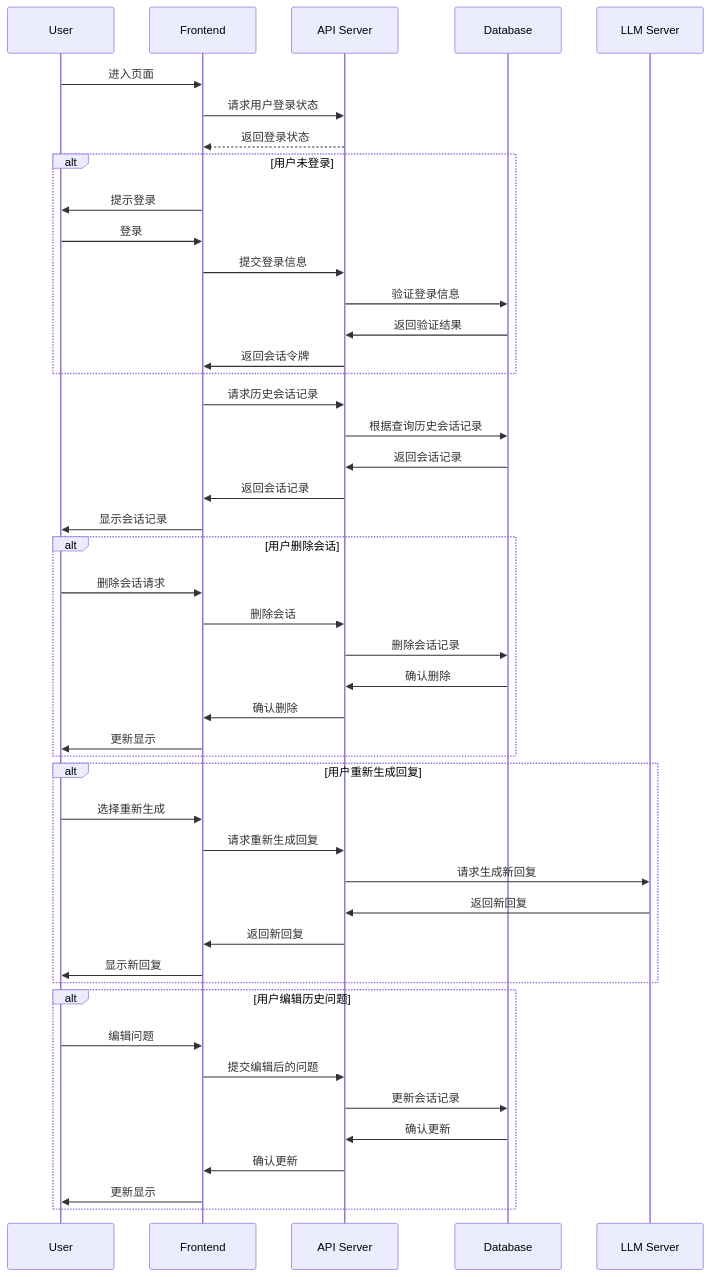
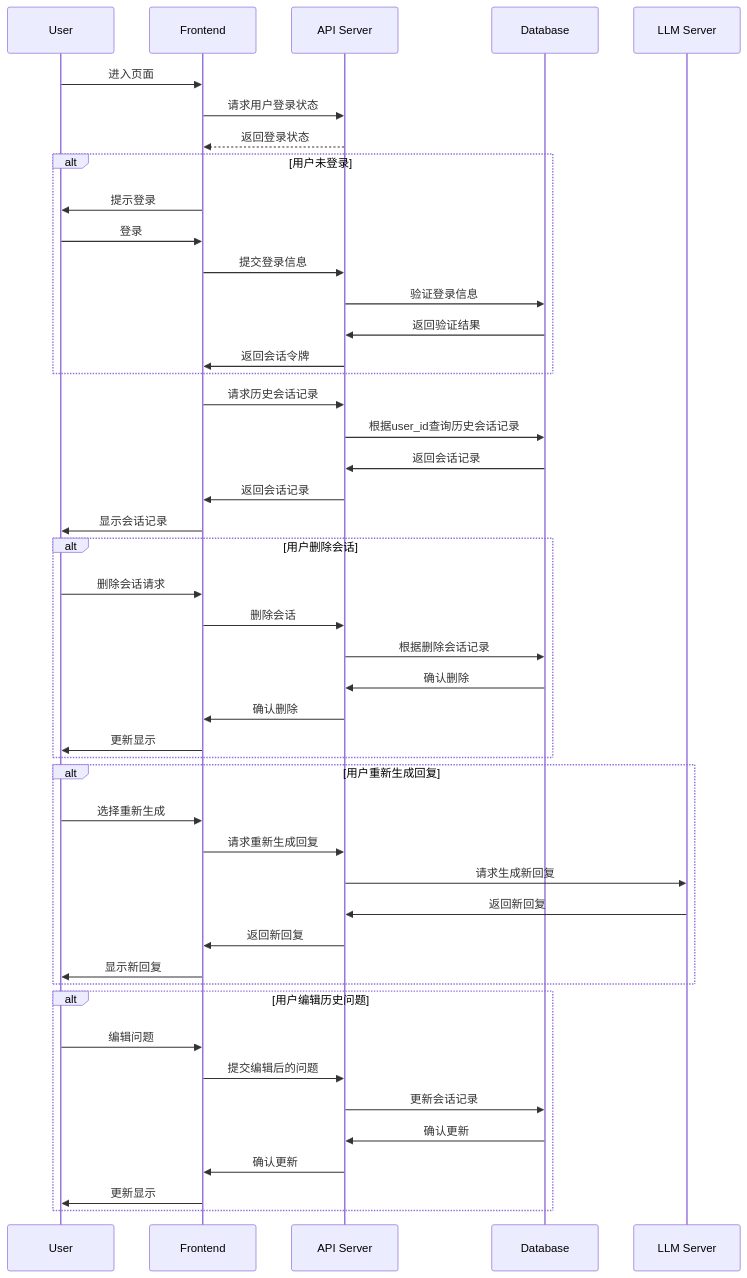
Before and after one commit to yingjianzh/iodraw-files: the diagram in all/未命名-7.md, drawn with Mermaid.

Commit message:
2024-10-08 16:50:46 update

````diff
--- a/all/未命名-7.md
+++ b/all/未命名-7.md
@@ -1,53 +1,53 @@
 ```mermaid
 sequenceDiagram
     participant User
     participant Frontend
     participant API Server
     participant Database
 
     User->>Frontend: 进入页面
     Frontend->>API Server: 请求用户登录状态
     API Server-->>Frontend: 返回登录状态
     alt 用户未登录
         Frontend->>User: 提示登录
         User->>Frontend: 登录
         Frontend->>API Server: 提交登录信息
         API Server->>Database: 验证登录信息
         Database->>API Server: 返回验证结果
         API Server->>Frontend: 返回会话令牌
     end
 
     Frontend->>API Server: 请求历史会话记录
-    API Server->>Database: 根据查询历史会话记录
+    API Server->>Database: 根据user_id查询历史会话记录
     Database->>API Server: 返回会话记录
     API Server->>Frontend: 返回会话记录
     Frontend->>User: 显示会话记录
 
     alt 用户删除会话
         User->>Frontend: 删除会话请求
         Frontend->>API Server: 删除会话
-        API Server->>Database: 删除会话记录
+        API Server->>Database: 根据删除会话记录
         Database->>API Server: 确认删除
         API Server->>Frontend: 确认删除
         Frontend->>User: 更新显示
     end
 
     alt 用户重新生成回复
         User->>Frontend: 选择重新生成
         Frontend->>API Server: 请求重新生成回复
         API Server->>LLM Server: 请求生成新回复
         LLM Server->>API Server: 返回新回复
         API Server->>Frontend: 返回新回复
         Frontend->>User: 显示新回复
     end
 
     alt 用户编辑历史问题
         User->>Frontend: 编辑问题
         Frontend->>API Server: 提交编辑后的问题
         API Server->>Database: 更新会话记录
         Database->>API Server: 确认更新
         API Server->>Frontend: 确认更新
         Frontend->>User: 更新显示
     end
 
 ```
````
